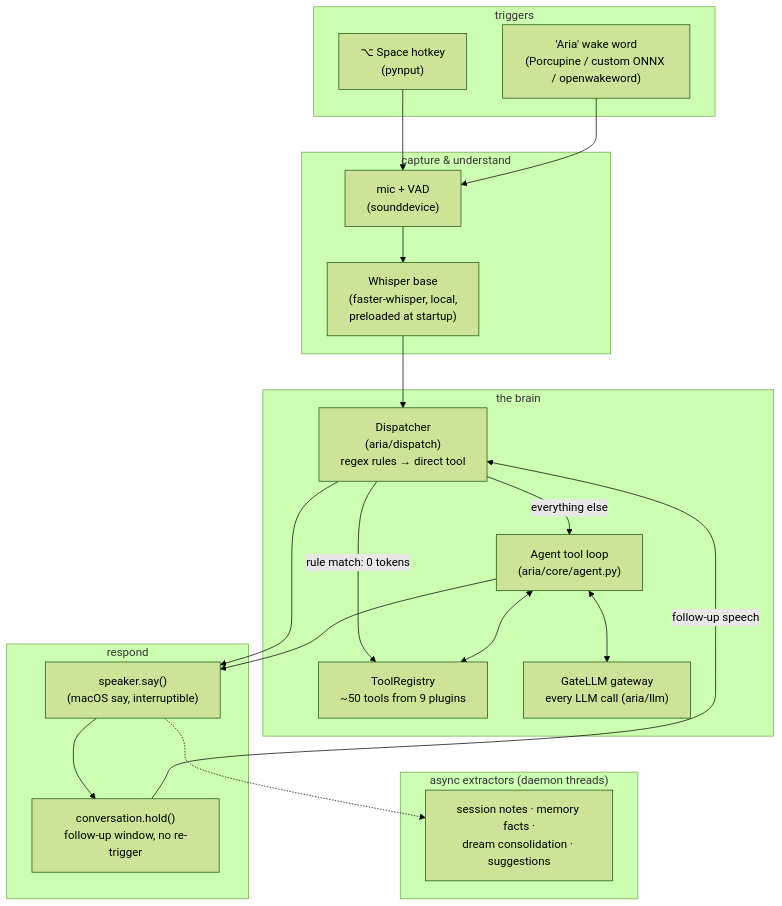
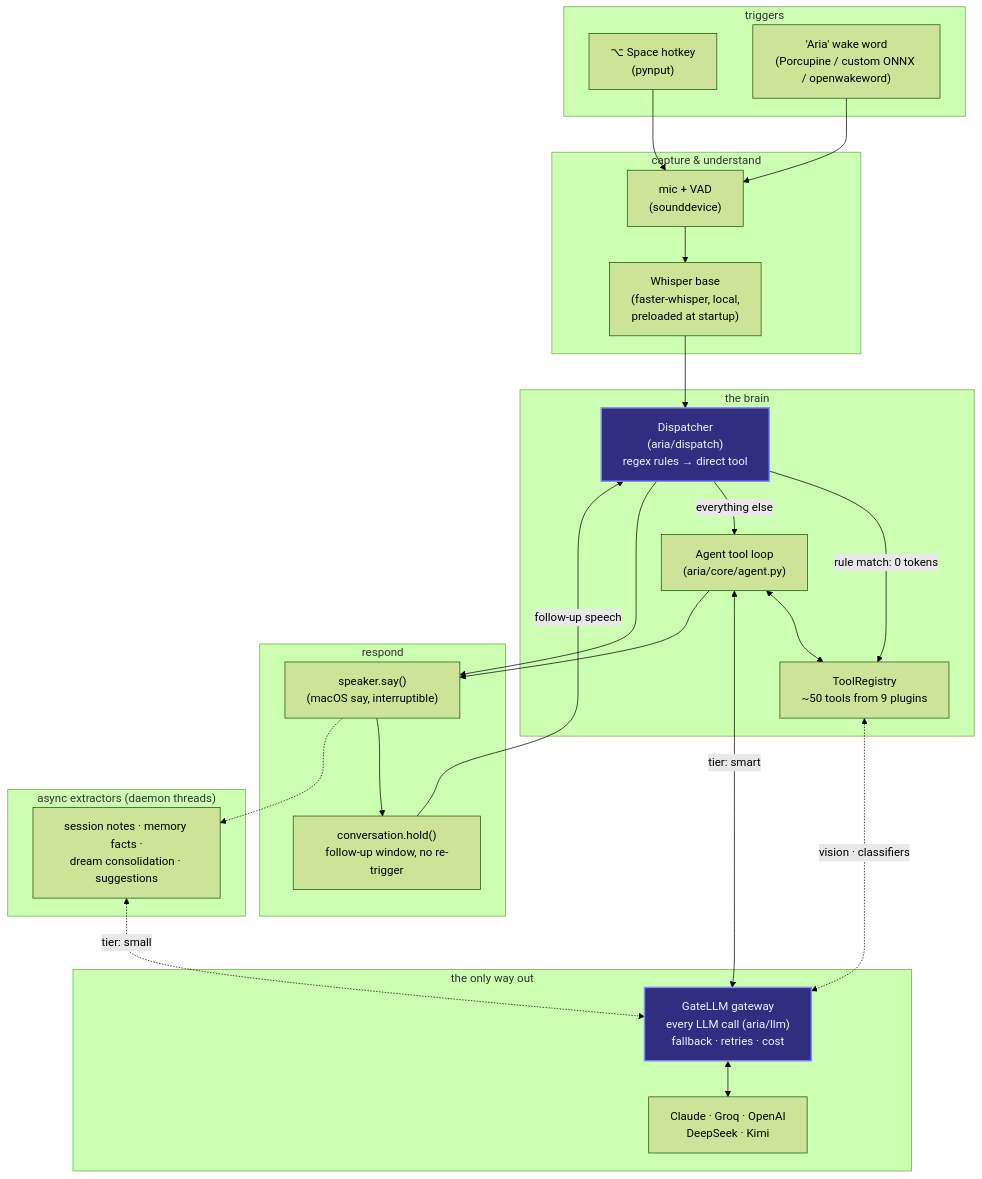
The first of 8 diagrams in ARCHITECTURE.md (Bhanu1299/Aria), drawn with Mermaid (forest theme) before and after one commit. The commit also changed other lines of this file and 2 other files, not shown here.

First line of the commit message:
docs: show the dispatcher and GateLLM gateway in every diagram

````diff
--- a/ARCHITECTURE.md
+++ b/ARCHITECTURE.md
@@ -25,40 +25,50 @@
 ```mermaid
 flowchart TB
     subgraph triggers [" triggers "]
         HK["⌥ Space hotkey<br/>(pynput)"]
         WW["'Aria' wake word<br/>(Porcupine / custom ONNX / openwakeword)"]
     end
 
     subgraph capture [" capture & understand "]
         VAD["mic + VAD<br/>(sounddevice)"]
         WH["Whisper base<br/>(faster-whisper, local,<br/>preloaded at startup)"]
     end
 
     subgraph brain [" the brain "]
         DSP["Dispatcher<br/>(aria/dispatch)<br/>regex rules → direct tool"]
         AG["Agent tool loop<br/>(aria/core/agent.py)"]
         REG["ToolRegistry<br/>~50 tools from 9 plugins"]
-        LLM["GateLLM gateway<br/>every LLM call (aria/llm)"]
+    end
+
+    subgraph egress [" the only way out "]
+        LLM["GateLLM gateway<br/>every LLM call (aria/llm)<br/>fallback · retries · cost"]
+        PRV["Claude · Groq · OpenAI<br/>DeepSeek · Kimi"]
     end
 
     subgraph out [" respond "]
         TTS["speaker.say()<br/>(macOS say, interruptible)"]
         CONV["conversation.hold()<br/>follow-up window, no re-trigger"]
     end
 
     subgraph async [" async extractors (daemon threads) "]
         EX["session notes · memory facts ·<br/>dream consolidation · suggestions"]
     end
 
     HK --> VAD
     WW --> VAD
     VAD --> WH --> DSP
     DSP -->|"rule match: 0 tokens"| REG
     DSP -->|"everything else"| AG
     AG <--> REG
-    AG <--> LLM
+    AG <-->|"tier: smart"| LLM
+    REG <-.->|"vision · classifiers"| LLM
+    EX <-.->|"tier: small"| LLM
+    LLM <--> PRV
     DSP --> TTS
     AG --> TTS --> CONV
     CONV -->|"follow-up speech"| DSP
+
+    classDef key fill:#312e81,stroke:#818cf8,color:#eef2ff,stroke-width:2px
+    class DSP,LLM key
     TTS -.-> EX
 ```
````
